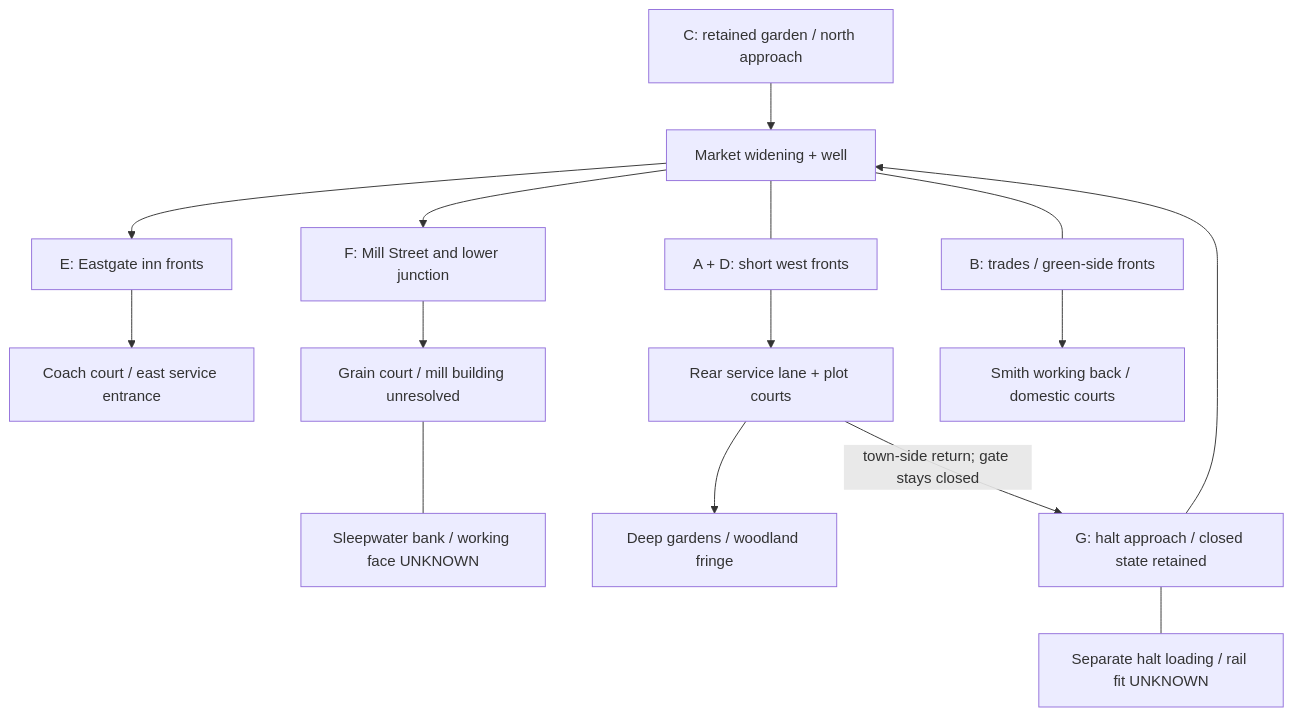
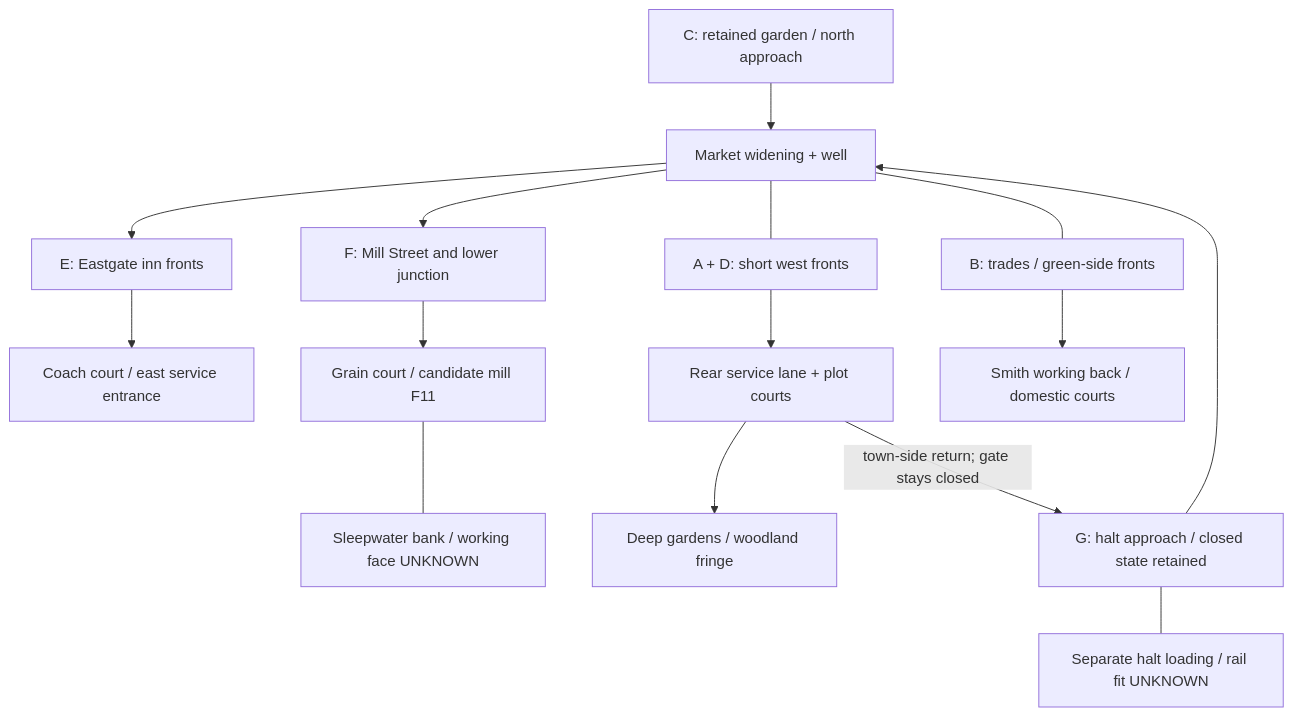
The diagram in docs/vision/research/crossroads-block-plan.md (rempemat-eng/appify), drawn with Mermaid before and after one commit. The commit also changed other lines of this file and 1 other file, not shown here.

Commit message:
docs: restore existing Crossroads mill in block proposal

````diff
--- a/docs/vision/research/crossroads-block-plan.md
+++ b/docs/vision/research/crossroads-block-plan.md
@@ -56,17 +58,17 @@
 ```mermaid
 flowchart TB
     N["C: retained garden / north approach"] --> M["Market widening + well"]
     H["G: halt approach / closed state retained"] --> M
     M --> E["E: Eastgate inn fronts"]
     M --> F["F: Mill Street and lower junction"]
     M --- A["A + D: short west fronts"]
     M --- B["B: trades / green-side fronts"]
     A --> R["Rear service lane + plot courts"]
     R --> V["Deep gardens / woodland fringe"]
     R -->|"town-side return; gate stays closed"| H
     B --> S["Smith working back / domestic courts"]
     E --> C["Coach court / east service entrance"]
-    F --> G["Grain court / mill building unresolved"]
+    F --> G["Grain court / candidate mill F11"]
     G --- W["Sleepwater bank / working face UNKNOWN"]
     H --- Y["Separate halt loading / rail fit UNKNOWN"]
 ```
````
